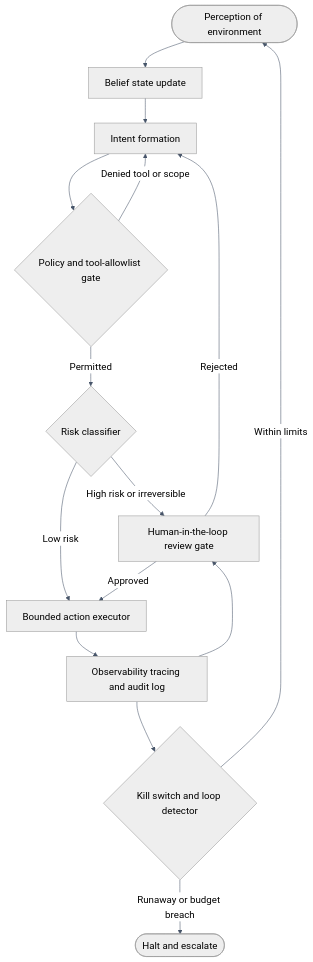
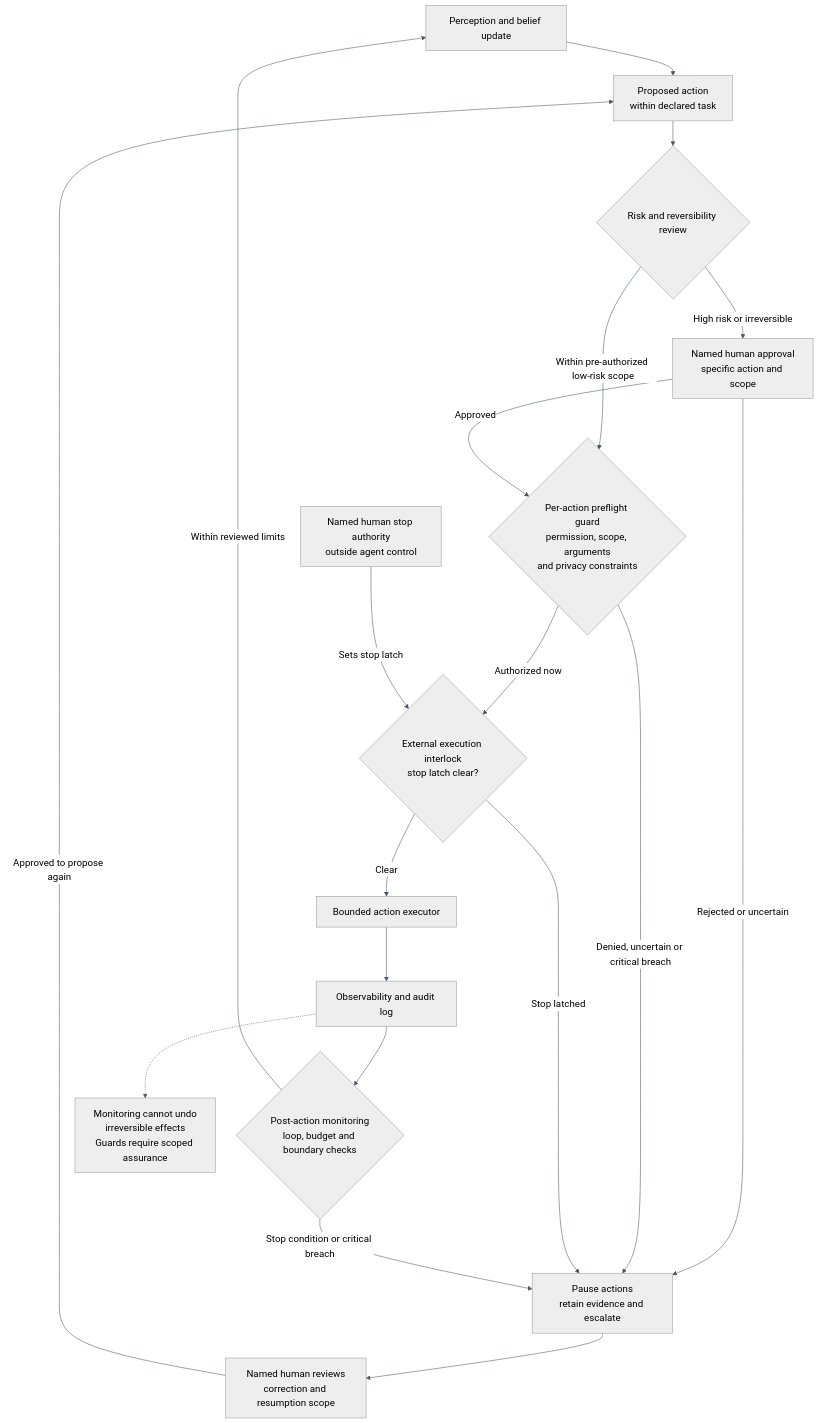
Before and after one commit to docxology/AGEINT: the diagram in output/figures/mermaid/ageint-governance-loop-oversight.mmd, drawn with Mermaid. The commit also changed 1158 other files, not shown here.

```diff
--- a/output/figures/mermaid/ageint-governance-loop-oversight.mmd
+++ b/output/figures/mermaid/ageint-governance-loop-oversight.mmd
@@ -1,16 +1,20 @@
 %%{init: {'theme':'neutral','themeVariables':{'fontSize':'18px','fontFamily':'Arial, sans-serif','primaryColor':'#dbeafe','primaryBorderColor':'#475569','primaryTextColor':'#0f172a','lineColor':'#475569','secondaryColor':'#dcfce7','tertiaryColor':'#fef3c7'},'flowchart':{'htmlLabels':true,'nodeSpacing':38,'rankSpacing':46,'curve':'basis','subGraphTitleMargin':{'top':8,'bottom':12}}}}%%
 flowchart TB
-  A([Perception of environment]) --> B[Belief state update]
-  B --> C[Intent formation]
-  C --> D{Policy and tool-allowlist gate}
-  D -->|Denied tool or scope| C
-  D -->|Permitted| E{Risk classifier}
-  E -->|High risk or irreversible| F[Human-in-the-loop review gate]
-  E -->|Low risk| G[Bounded action executor]
-  F -->|Approved| G
-  F -->|Rejected| C
-  G --> H[Observability tracing and audit log]
-  H --> I{Kill switch and loop detector}
-  I -->|Runaway or budget breach| J([Halt and escalate])
-  I -->|Within limits| A
-  H --> F
+    A["Perception and belief update"] --> C["Proposed action<br/>within declared task"]
+    C --> E{"Risk and reversibility review"}
+    E -->|High risk or irreversible| F["Named human approval<br/>specific action and scope"]
+    E -->|Within pre-authorized low-risk scope| P
+    F -->|Approved| P{"Per-action preflight guard<br/>permission, scope, arguments<br/>and privacy constraints"}
+    F -->|Rejected or uncertain| J["Pause actions<br/>retain evidence and escalate"]
+    P -->|Denied, uncertain or critical breach| J
+    P -->|Authorized now| K{"External execution interlock<br/>stop latch clear?"}
+    HS["Named human stop authority<br/>outside agent control"] -->|Sets stop latch| K
+    K -->|Stop latched| J
+    K -->|Clear| G["Bounded action executor"]
+    G --> H["Observability and audit log"]
+    H --> I{"Post-action monitoring<br/>loop, budget and boundary checks"}
+    I -->|Stop condition or critical breach| J
+    I -->|Within reviewed limits| A
+    J --> R["Named human reviews<br/>correction and resumption scope"]
+    R -->|Approved to propose again| C
+    H -.-> N["Monitoring cannot undo<br/>irreversible effects<br/>Guards require scoped assurance"]
```
